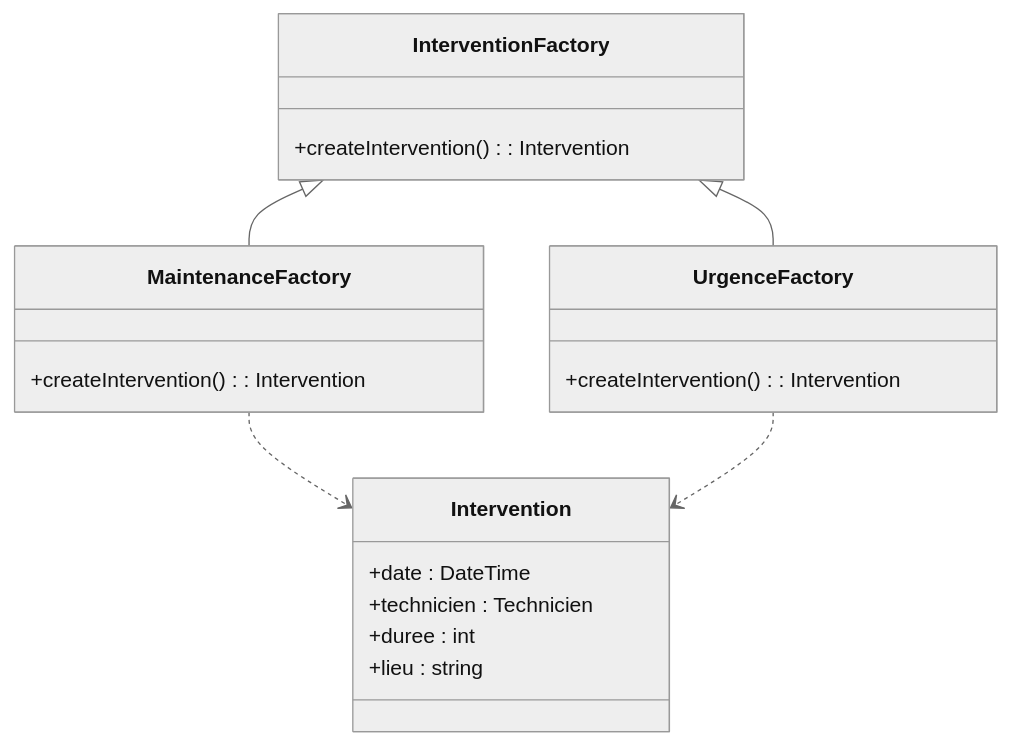
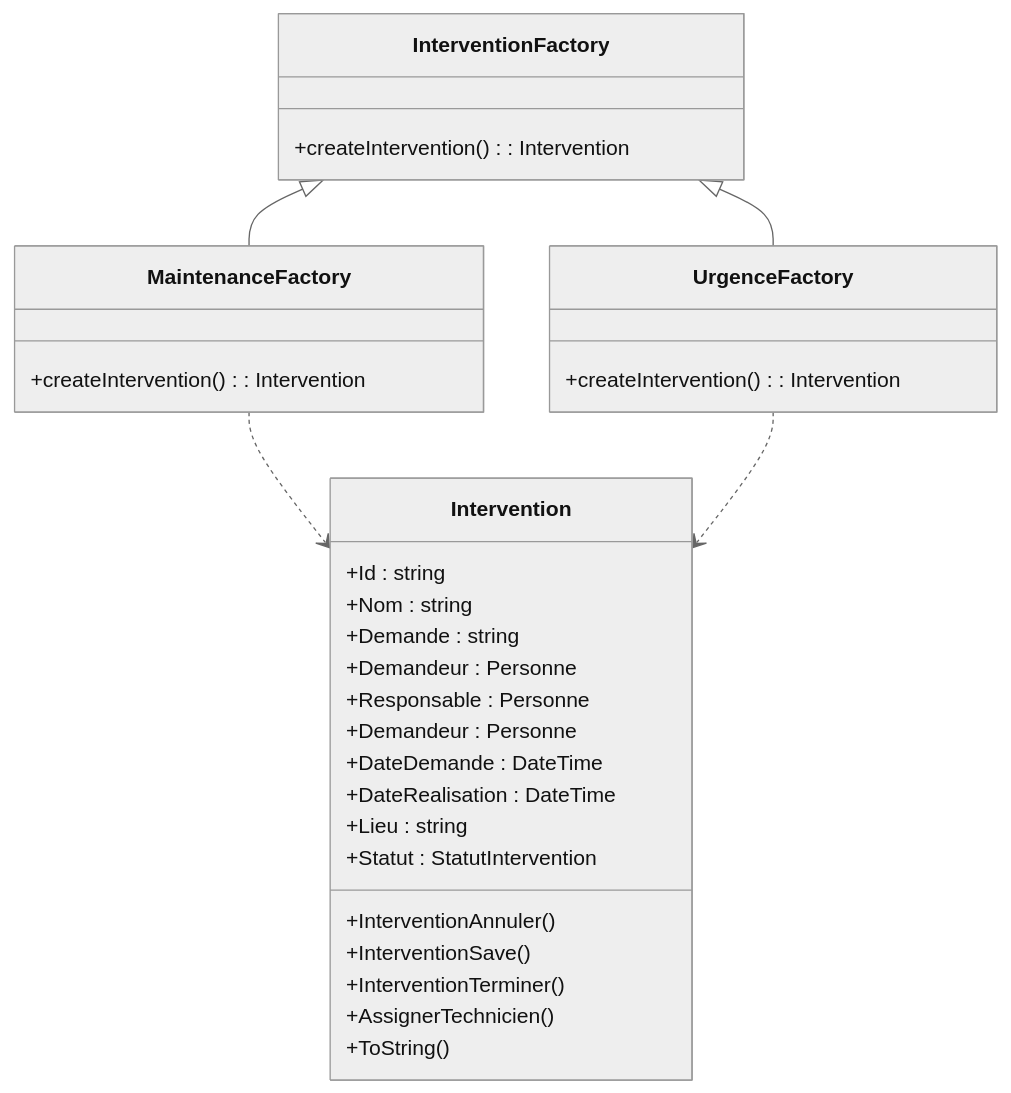
Before and after one commit to rolm0123456789/DesignPatternProjet: the first of 5 diagrams in UML.md, drawn with Mermaid (neutral theme). The commit also changed other lines of this file and 2 other files, not shown here.

Commit message:
Ajout du décorateur PiecesJointesDecorator pour gérer les pièces jointes aux interventions; mise à jour de la documentation UML et README.md pour refléter les nouvelles fonctionnalités.

````diff
--- a/UML.md
+++ b/UML.md
@@ -4,22 +5,33 @@
 ```mermaid
 classDiagram
     class InterventionFactory {
         +createIntervention() : Intervention
     }
     class MaintenanceFactory {
         +createIntervention() : Intervention
     }
     class UrgenceFactory {
         +createIntervention() : Intervention
     }
     class Intervention {
-        +date : DateTime
-        +technicien : Technicien
-        +duree : int
-        +lieu : string
+        +Id : string
+        +Nom : string
+        +Demande : string
+        +Demandeur : Personne
+        +Responsable : Personne
+        +Demandeur : Personne
+        +DateDemande : DateTime
+        +DateRealisation : DateTime
+        +Lieu : string
+        +Statut : StatutIntervention
+        +InterventionAnnuler()
+        +InterventionSave()
+        +InterventionTerminer()
+        +AssignerTechnicien()
+        +ToString()
     }
     InterventionFactory <|-- MaintenanceFactory
     InterventionFactory <|-- UrgenceFactory
     MaintenanceFactory ..> Intervention
     UrgenceFactory ..> Intervention
 ```
````
